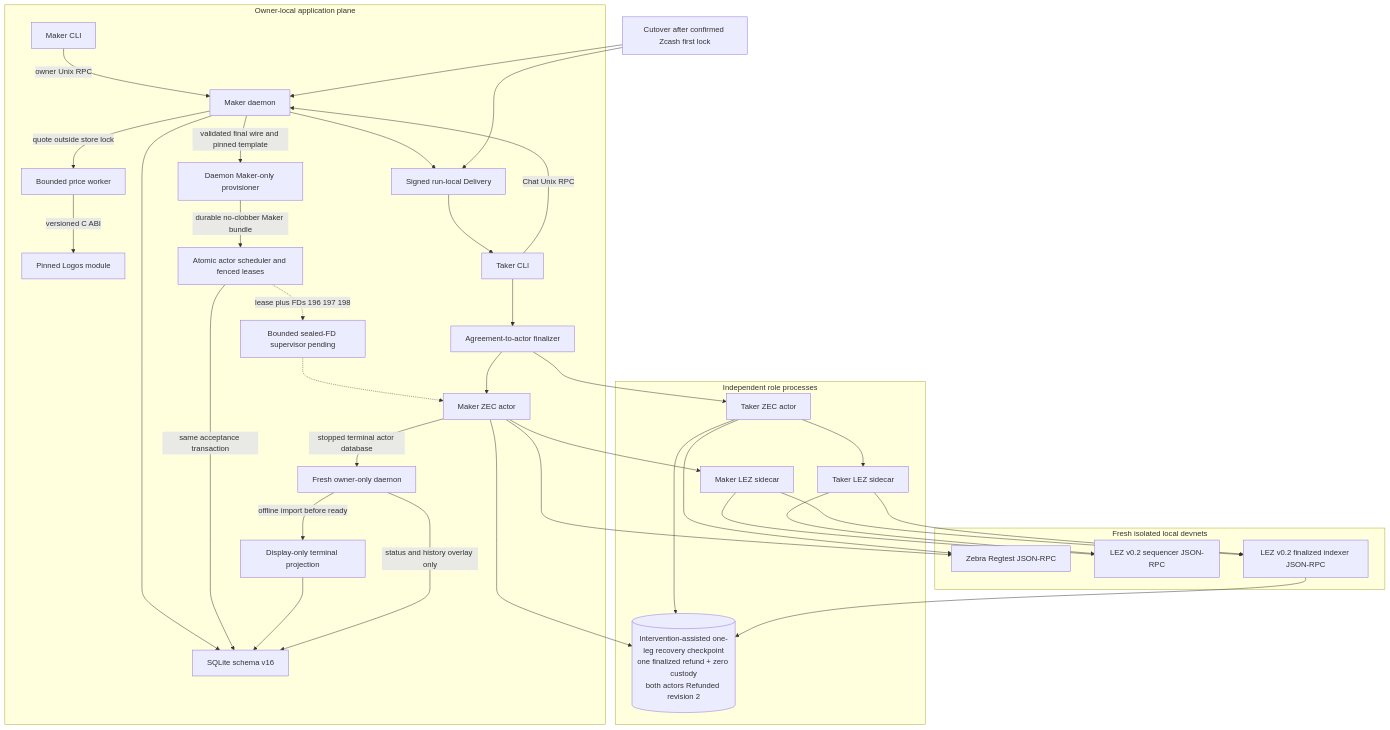
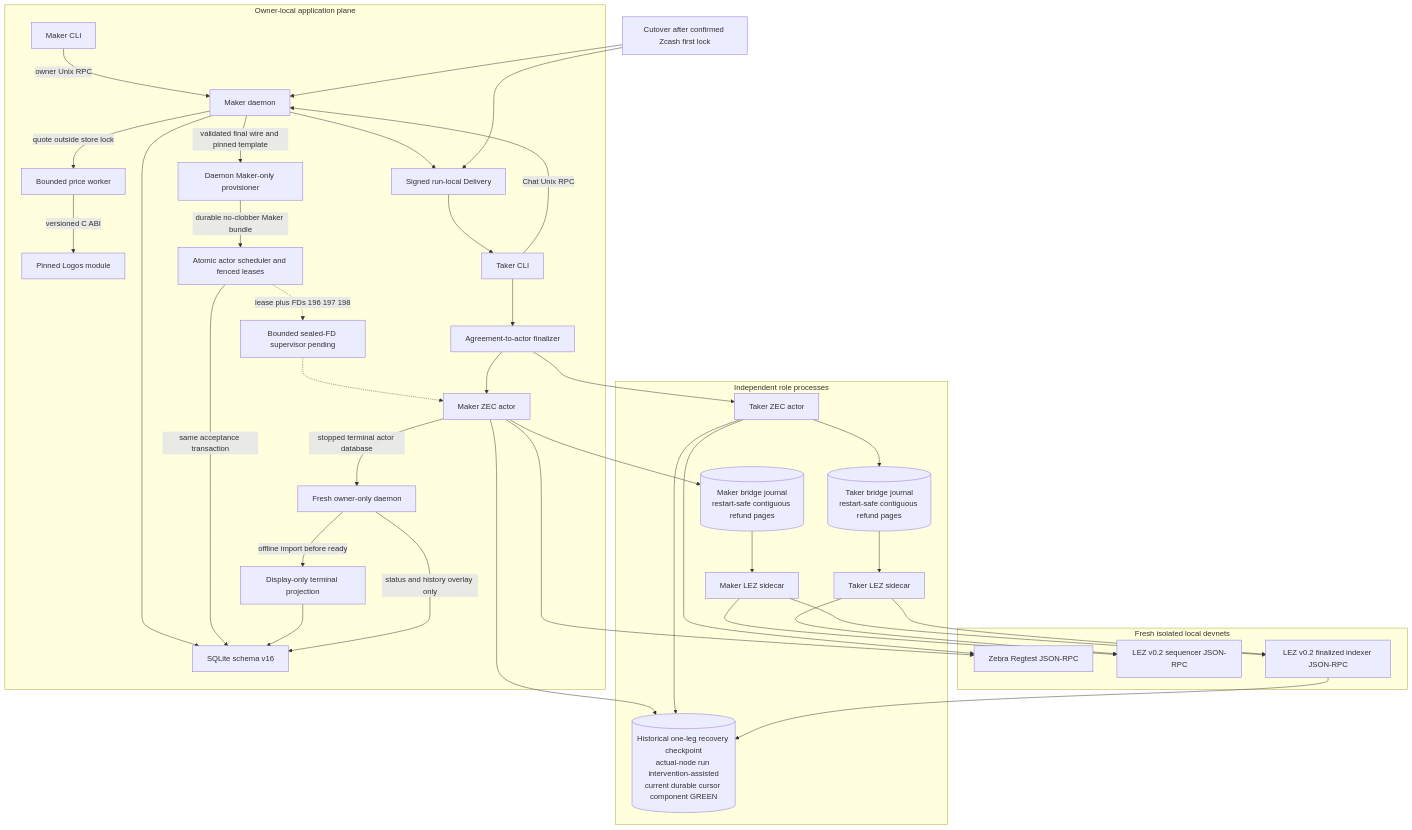
The ninth of 18 diagrams in docs/architecture/deployment-components-and-rpcs.md (gateway-fm/lez-atomic-swaps), drawn with Mermaid before and after one commit. The commit also changed other lines of this file and 16 other files, not shown here.

Commit message:
feat(m5): persist contiguous refund pages

````diff
--- a/docs/architecture/deployment-components-and-rpcs.md
+++ b/docs/architecture/deployment-components-and-rpcs.md
@@ -813,65 +813,69 @@
 ```mermaid
 flowchart TB
     subgraph App[Owner-local application plane]
         MakerCli[Maker CLI]
         Daemon[Maker daemon]
         Store[SQLite schema v16]
         TerminalView[Display-only terminal projection]
         TerminalDaemon[Fresh owner-only daemon]
         PriceWorker[Bounded price worker]
         PriceModule[Pinned Logos module]
         Delivery[Signed run-local Delivery]
         TakerCli[Taker CLI]
         Finalizer[Agreement-to-actor finalizer]
         Provisioner[Daemon Maker-only provisioner]
         Scheduler[Atomic actor scheduler and fenced leases]
         Supervisor[Bounded sealed-FD supervisor pending]
         MakerCli -->|owner Unix RPC| Daemon
         Daemon --> Store
         Daemon --> Delivery
         Delivery --> TakerCli
         TakerCli -->|Chat Unix RPC| Daemon
         Daemon -->|quote outside store lock| PriceWorker
         PriceWorker -->|versioned C ABI| PriceModule
         Daemon -->|validated final wire and pinned template| Provisioner
         Provisioner -->|durable no-clobber Maker bundle| Scheduler
         Scheduler -->|same acceptance transaction| Store
         Scheduler -.->|lease plus FDs 196 197 198| Supervisor
         Supervisor -.-> MakerActor
         TakerCli --> Finalizer
         TerminalDaemon -->|offline import before ready| TerminalView
         TerminalView --> Store
         TerminalDaemon -->|status and history overlay only| Store
     end
 
     subgraph Roles[Independent role processes]
         MakerActor[Maker ZEC actor]
         TakerActor[Taker ZEC actor]
         MakerSidecar[Maker LEZ sidecar]
         TakerSidecar[Taker LEZ sidecar]
-        RecoveryProof[("Intervention-assisted one-leg recovery checkpoint<br/>one finalized refund + zero custody<br/>both actors Refunded revision 2")]
+        MakerCursor[("Maker bridge journal<br/>restart-safe contiguous refund pages")]
+        TakerCursor[("Taker bridge journal<br/>restart-safe contiguous refund pages")]
+        RecoveryProof[("Historical one-leg recovery checkpoint<br/>actual-node run intervention-assisted<br/>current durable cursor component GREEN")]
         Finalizer --> MakerActor
         Finalizer --> TakerActor
-        MakerActor --> MakerSidecar
-        TakerActor --> TakerSidecar
+        MakerActor --> MakerCursor
+        MakerCursor --> MakerSidecar
+        TakerActor --> TakerCursor
+        TakerCursor --> TakerSidecar
         MakerActor -->|stopped terminal actor database| TerminalDaemon
     end
 
     subgraph Nodes[Fresh isolated local devnets]
         Zebra[Zebra Regtest JSON-RPC]
         Sequencer[LEZ v0.2 sequencer JSON-RPC]
         Indexer[LEZ v0.2 finalized indexer JSON-RPC]
     end
 
     MakerActor --> Zebra
     TakerActor --> Zebra
     MakerSidecar --> Sequencer
     MakerSidecar --> Indexer
     TakerSidecar --> Sequencer
     TakerSidecar --> Indexer
     MakerActor --> RecoveryProof
     TakerActor --> RecoveryProof
     Indexer --> RecoveryProof
     Cutover[Cutover after confirmed Zcash first lock] --> Daemon
     Cutover --> Delivery
 ```
````
